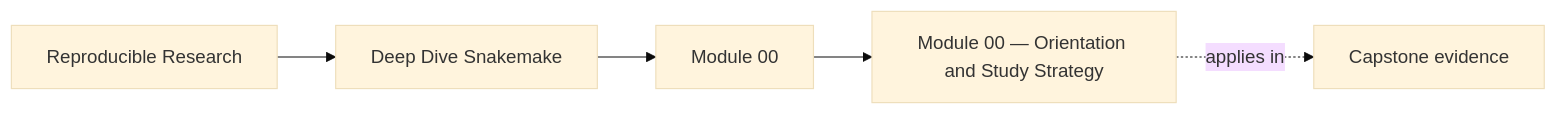
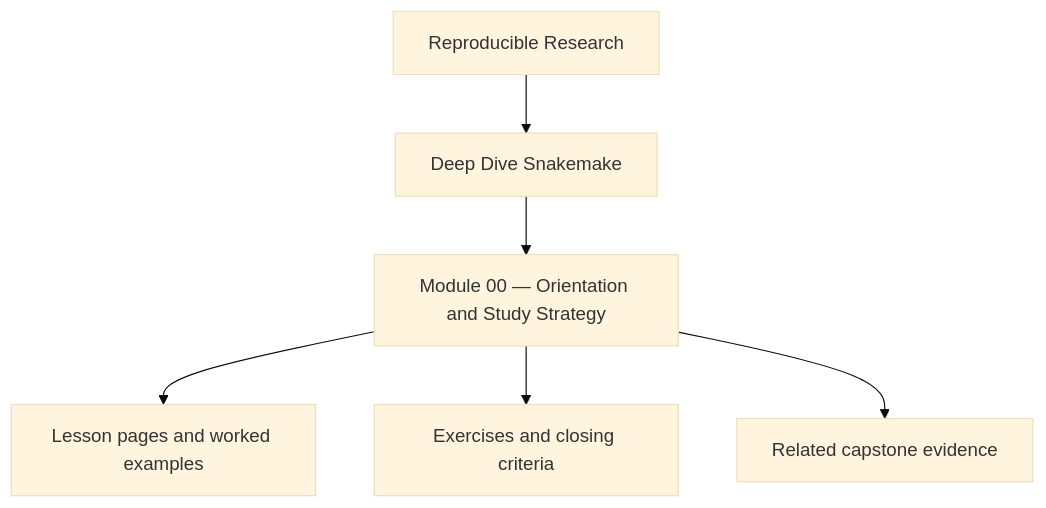
The first of 2 diagrams in programs/reproducible-research/deep-dive-snakemake/course-book/module-00-orientation/index.md (bijux/bijux-masterclass), drawn with Mermaid (base theme) before and after one commit. The commit also changed other lines of this file and 10 other files, not shown here.

Commit message:
docs(deep-dive-snakemake): reposition module overview diagrams

````diff
--- a/programs/reproducible-research/deep-dive-snakemake/course-book/module-00-orientation/index.md
+++ b/programs/reproducible-research/deep-dive-snakemake/course-book/module-00-orientation/index.md
@@ -9,11 +9,8 @@
 ```mermaid
-graph LR
-  family["Reproducible Research"]
-  program["Deep Dive Snakemake"]
-  section["Module 00"]
-  page["Module 00 — Orientation and Study Strategy"]
-  capstone["Capstone evidence"]
-
-  family --> program --> section --> page
-  page -.applies in.-> capstone
+flowchart TD
+  family["Reproducible Research"] --> program["Deep Dive Snakemake"]
+  program --> module["Module 00 — Orientation and Study Strategy"]
+  module --> lessons["Lesson pages and worked examples"]
+  module --> checkpoints["Exercises and closing criteria"]
+  module --> capstone["Related capstone evidence"]
 ```
````
